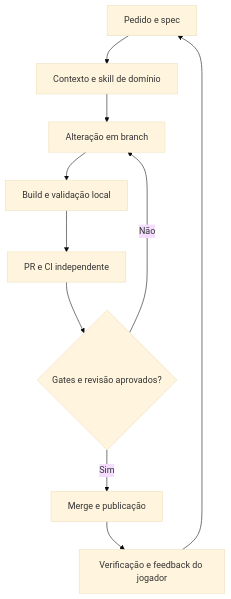
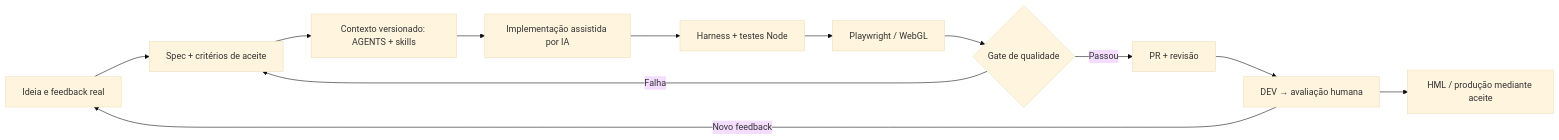
One commit to trucco86/nova-wing-3d changed the first of 2 diagrams in README.md. Above: the diagram before and after it, drawn with Mermaid (base theme). The commit also changed other lines of this file and 12 other files, not shown here.

````diff
--- a/README.md
+++ b/README.md
@@ -251,12 +42,14 @@
 ```mermaid
-flowchart TD
-  A[Pedido e spec] --> B[Contexto e skill de domínio]
-  B --> C[Alteração em branch]
-  C --> D[Build e validação local]
-  D --> E[PR e CI independente]
-  E --> F{Gates e revisão aprovados?}
-  F -->|Não| C
-  F -->|Sim| G[Merge e publicação]
-  G --> H[Verificação e feedback do jogador]
-  H --> A
+flowchart LR
+  A["Ideia e feedback real"] --> B["Spec + critérios de aceite"]
+  B --> C["Contexto versionado: AGENTS + skills"]
+  C --> D["Implementação assistida por IA"]
+  D --> E["Harness + testes Node"]
+  E --> F["Playwright / WebGL"]
+  F --> G{"Gate de qualidade"}
+  G -->|Falha| B
+  G -->|Passou| H["PR + revisão"]
+  H --> I["DEV → avaliação humana"]
+  I --> J["HML / produção mediante aceite"]
+  I -->|Novo feedback| A
 ```
````
